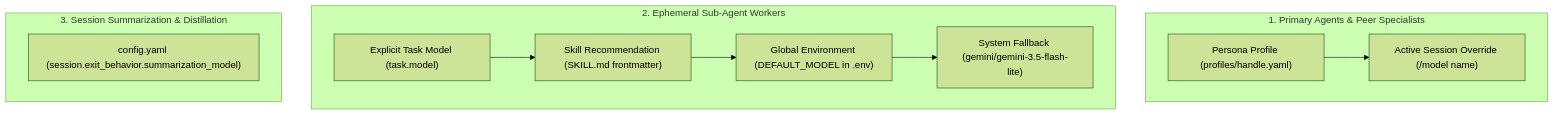
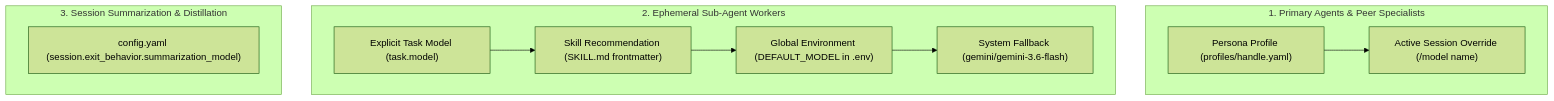
The diagram in docs/wiki/guides/configuration.md (studiodamiro/sympose), drawn with Mermaid (forest theme) before and after one commit. The commit also changed other lines of this file and 14 other files, not shown here.

First line of the commit message:
docs: refresh stale gemini-3.5-flash-lite -> gemini-3.6-flash

````diff
--- a/docs/wiki/guides/configuration.md
+++ b/docs/wiki/guides/configuration.md
@@ -95,14 +95,14 @@
 ```mermaid
 flowchart TD
     subgraph Execution["1. Primary Agents & Peer Specialists"]
         A["Persona Profile (profiles/handle.yaml)"] --> B["Active Session Override (/model name)"]
     end
     subgraph Worker["2. Ephemeral Sub-Agent Workers"]
         C["Explicit Task Model (task.model)"] --> D["Skill Recommendation (SKILL.md frontmatter)"]
         D --> E["Global Environment (DEFAULT_MODEL in .env)"]
-        E --> F["System Fallback (gemini/gemini-3.5-flash-lite)"]
+        E --> F["System Fallback (gemini/gemini-3.6-flash)"]
     end
     subgraph Archival["3. Session Summarization & Distillation"]
         G["config.yaml (session.exit_behavior.summarization_model)"]
     end
 ```
````
